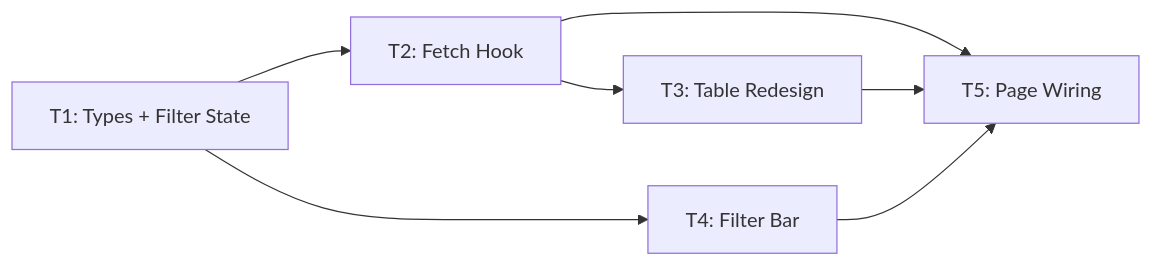
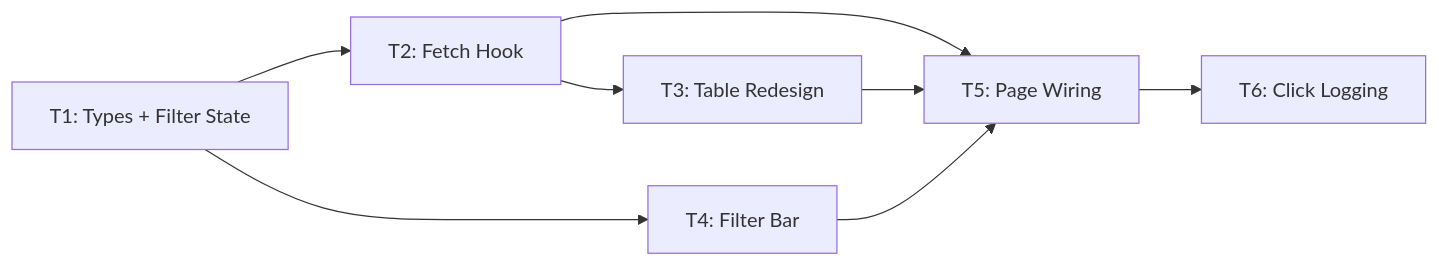
Before and after one commit to agentezai/coltratos: the second of 2 diagrams in docs/procesos-listing/feat/00-overview.md, drawn with Mermaid. The commit also changed other lines of this file and 27 other files, not shown here.

````diff
--- a/docs/procesos-listing/feat/00-overview.md
+++ b/docs/procesos-listing/feat/00-overview.md
@@ -45,15 +52,17 @@
 ```mermaid
 flowchart LR
     T1["T1: Types + Filter State"]
     T2["T2: Fetch Hook"]
     T3["T3: Table Redesign"]
     T4["T4: Filter Bar"]
     T5["T5: Page Wiring"]
+    T6["T6: Click Logging"]
 
     T1 --> T2
     T1 --> T4
     T2 --> T3
     T2 --> T5
     T3 --> T5
     T4 --> T5
+    T5 --> T6
 ```
````
